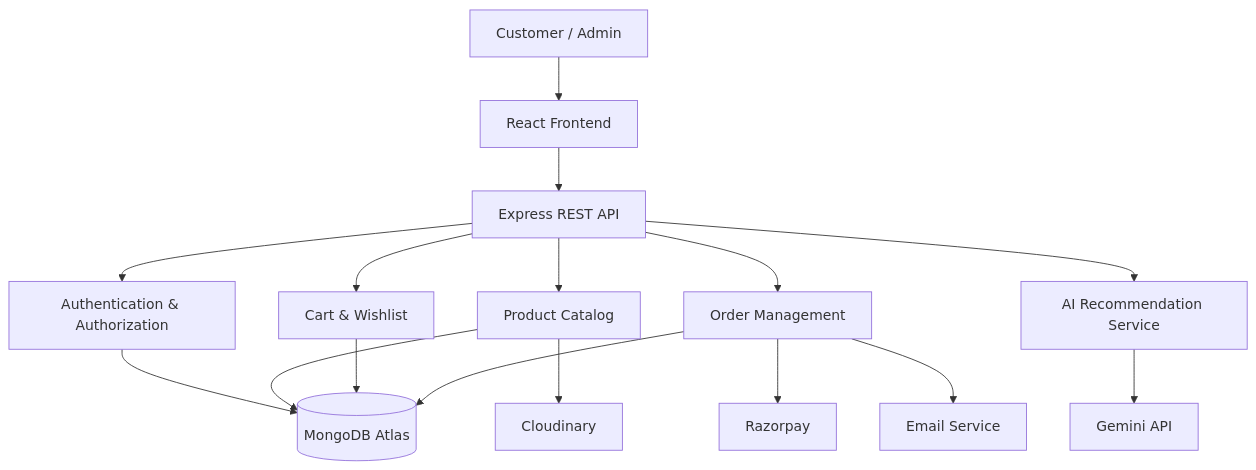
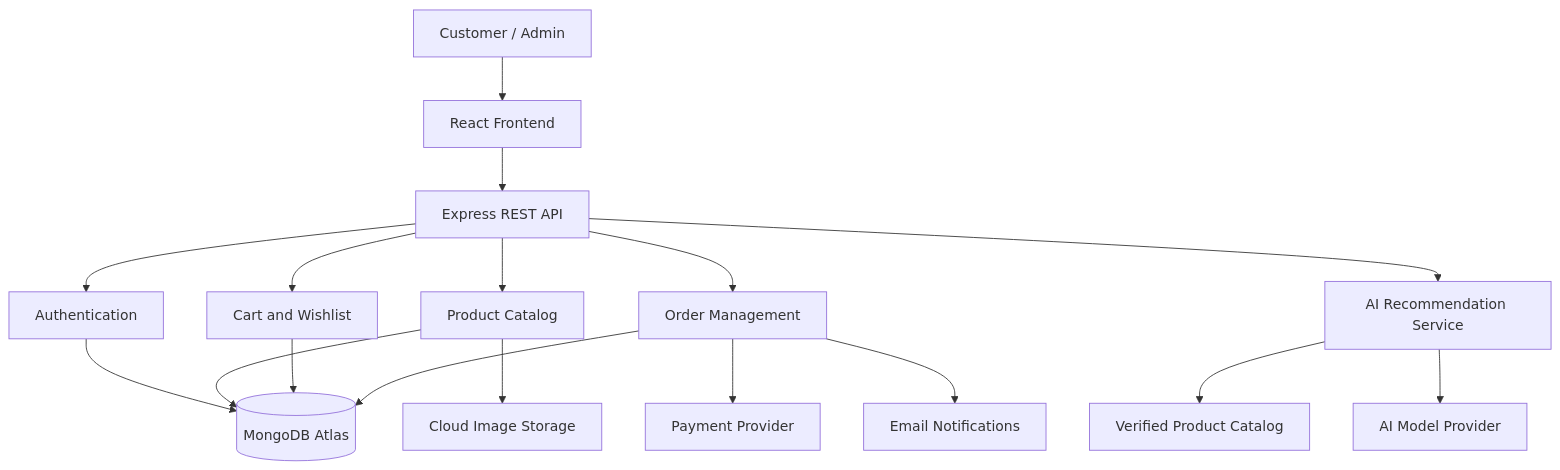
Before and after one commit to Mugunthandk/toyjoy: the diagram in README.md, drawn with Mermaid. The commit also changed other lines of this file, not shown here.

````diff
--- a/README.md
+++ b/README.md
@@ -203,21 +229,23 @@
 ```mermaid
 flowchart TD
-    A[Customer / Admin] --> B[React Frontend]
-    B --> C[Express REST API]
+    U[Customer / Admin] --> FE[React Frontend]
+    FE --> API[Express REST API]
 
-    C --> D[Authentication & Authorization]
-    C --> E[Product Catalog]
-    C --> F[Cart & Wishlist]
-    C --> G[Order Management]
-    C --> H[AI Recommendation Service]
+    API --> AUTH[Authentication]
+    API --> CAT[Product Catalog]
+    API --> CART[Cart and Wishlist]
+    API --> ORD[Order Management]
+    API --> AI[AI Recommendation Service]
 
-    D --> I[(MongoDB Atlas)]
-    E --> I
-    F --> I
-    G --> I
+    AUTH --> DB[(MongoDB Atlas)]
+    CAT --> DB
+    CART --> DB
+    ORD --> DB
 
-    H --> J[Gemini API]
-    E --> K[Cloudinary]
-    G --> L[Razorpay]
-    G --> M[Email Service]
+    AI --> DATA[Verified Product Catalog]
+    AI --> MODEL[AI Model Provider]
+
+    CAT --> IMG[Cloud Image Storage]
+    ORD --> PAY[Payment Provider]
+    ORD --> MSG[Email Notifications]
 ```
````
